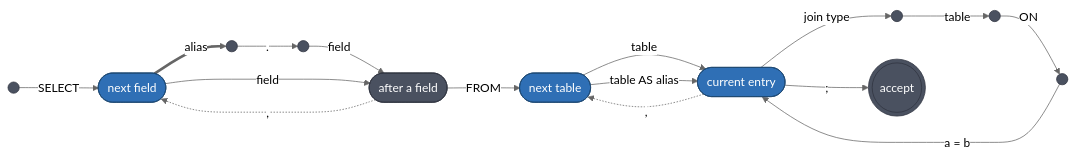
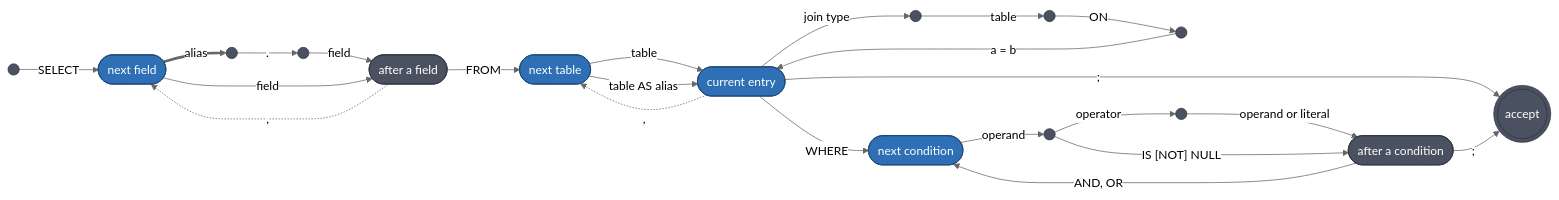
Before and after one commit to pinting/oraculum: the second of 2 diagrams in README.md, drawn with Mermaid (neutral theme). The commit also changed other lines of this file and 16 other files, not shown here.

````diff
--- a/README.md
+++ b/README.md
@@ -182,28 +334,37 @@
 ```mermaid
 graph LR
     q0(( )) -->|SELECT| ref
 
     ref(["next field"]) ==>|alias| q1(( ))
     q1 -->|"."| q2(( ))
     q2 -->|field| more(["after a field"])
     ref -->|field| more
 
     more -.->|","| ref
     more -->|FROM| entry
 
     entry(["next table"]) -->|table| head(["current entry"])
     entry -->|"table AS alias"| head
 
     head -->|"join type"| j1(( ))
     j1 -->|table| j2(( ))
     j2 -->|ON| j3(( ))
     j3 -->|"a = b"| head
 
     head -.->|","| entry
     head -->|";"| accept(((accept)))
 
+    head -->|WHERE| cond
+    cond(["next condition"]) -->|operand| w1(( ))
+    w1 -->|"operator"| w2(( ))
+    w2 -->|"operand or literal"| done(["after a condition"])
+    w1 -->|"IS [NOT] NULL"| done
+
+    done -->|"AND, OR"| cond
+    done -->|";"| accept
+
     classDef plain fill:#4a5160,stroke:#2f343f,color:#ffffff
     classDef accent fill:#2f6fb5,stroke:#1b4670,color:#ffffff
-    class q0,q1,q2,more,j1,j2,j3,accept plain
-    class ref,entry,head accent
+    class q0,q1,q2,more,j1,j2,j3,w1,w2,done,accept plain
+    class ref,entry,head,cond accent
 ```
````
